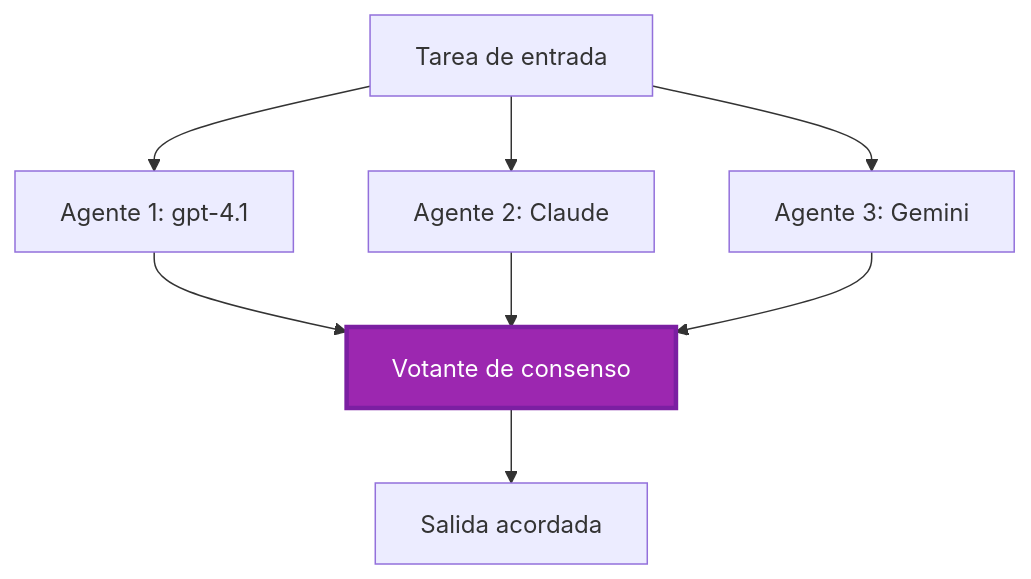
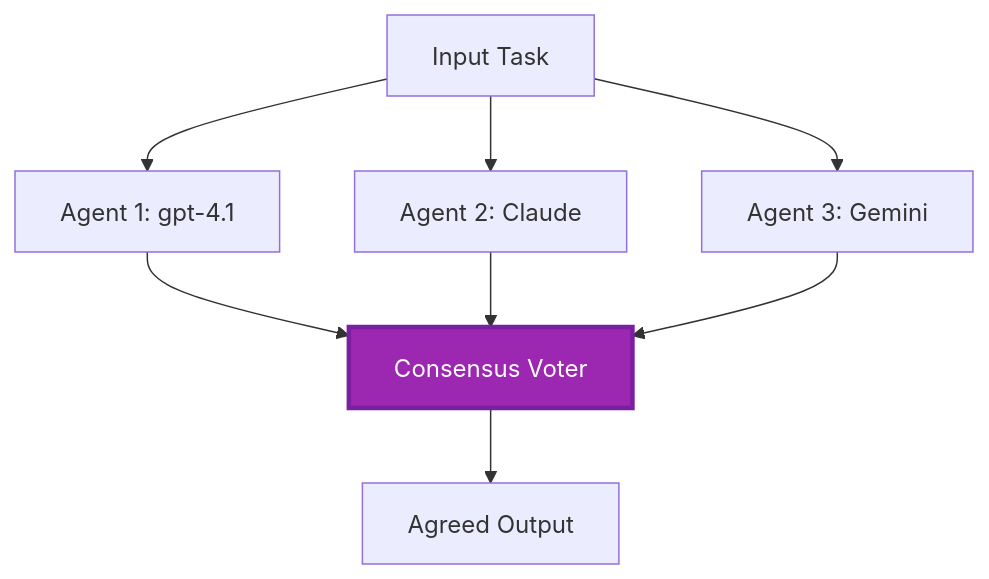
The sixth of 7 diagrams in translations/es/docs/chapter-06-pre-deployment/coordination-patterns.md (microsoft/AZD-for-beginners), drawn with Mermaid before and after one commit. The commit also changed other lines of this file and 156 other files, not shown here.

````diff
--- a/translations/es/docs/chapter-06-pre-deployment/coordination-patterns.md
+++ b/translations/es/docs/chapter-06-pre-deployment/coordination-patterns.md
@@ -225,19 +230,19 @@
 ```mermaid
 graph TB
-    Input[Tarea de entrada]
-    Agent1[Agente 1: gpt-4.1]
-    Agent2[Agente 2: Claude]
-    Agent3[Agente 3: Gemini]
-    Voter[Votante de consenso]
-    Output[Salida acordada]
+    Input[Input Task]
+    Agent1[Agent 1: gpt-4.1]
+    Agent2[Agent 2: Claude]
+    Agent3[Agent 3: Gemini]
+    Voter[Consensus Voter]
+    Output[Agreed Output]
     
     Input --> Agent1
     Input --> Agent2
     Input --> Agent3
     Agent1 --> Voter
     Agent2 --> Voter
     Agent3 --> Voter
     Voter --> Output
     
     style Voter fill:#9C27B0,stroke:#7B1FA2,stroke-width:3px,color:#fff
 ```
````
